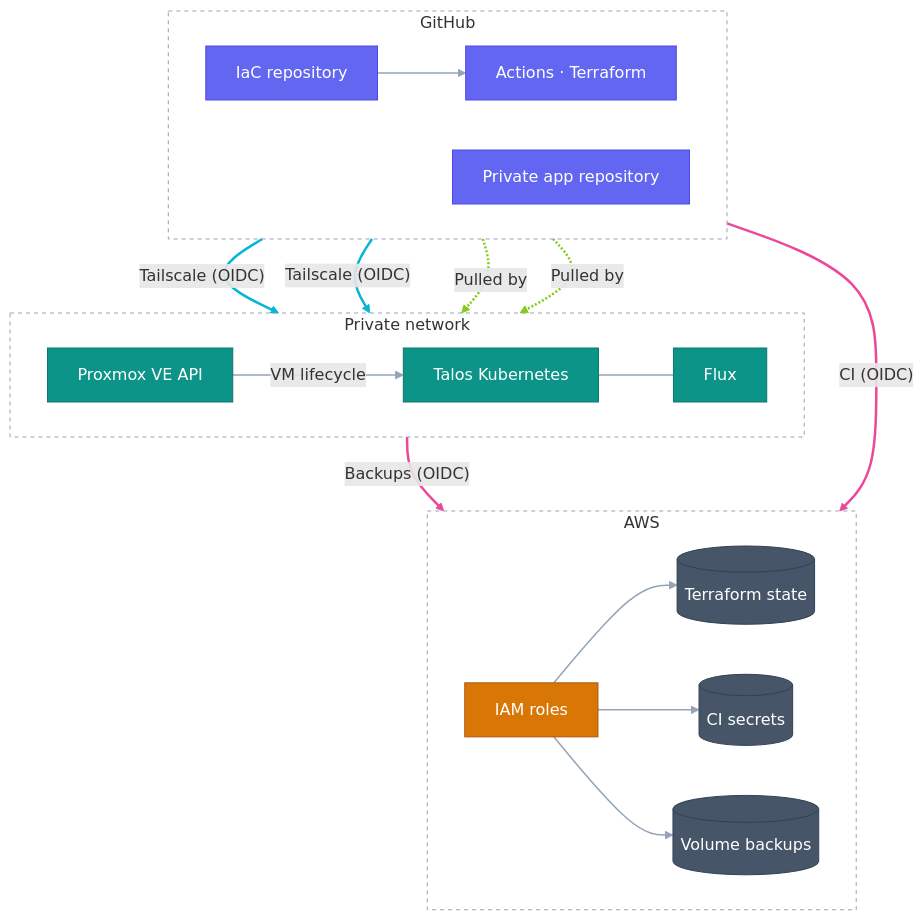
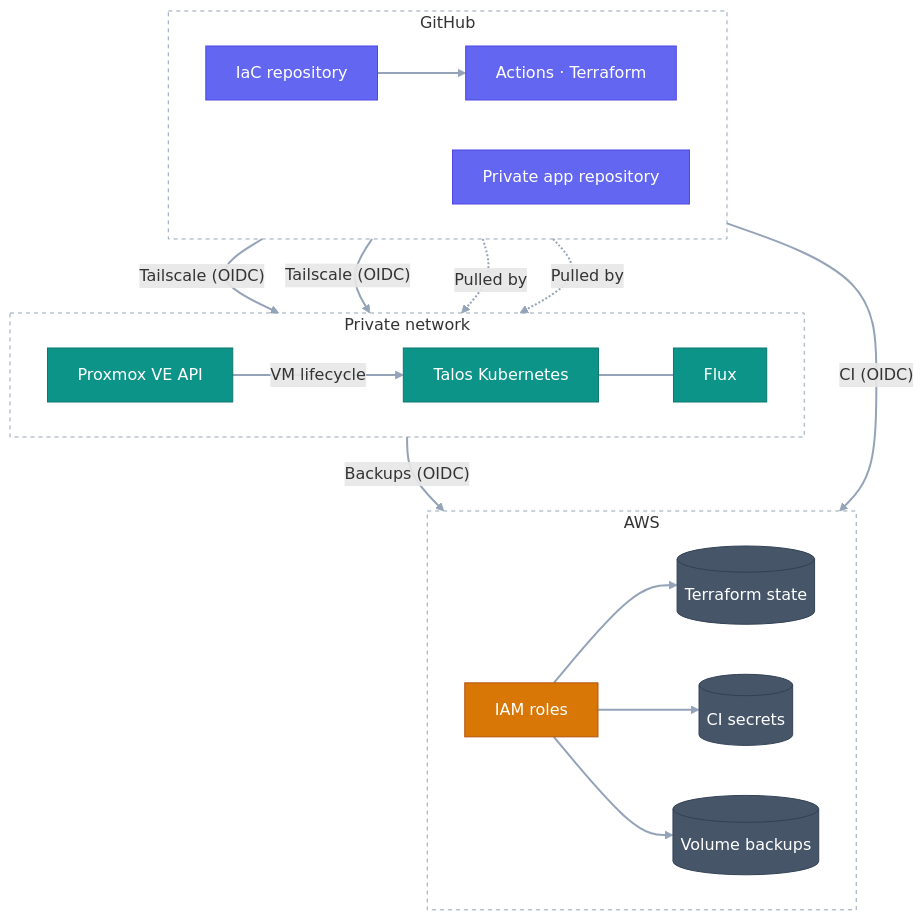
Before and after one commit to rauland/iac: the diagram in README.md, drawn with Mermaid.

Commit message:
Give every edge in the architecture diagram the same colour and width
Claude-Session: https://claude.ai/code/session_01GaWU1W6epJg7bgDswMPmiT

````diff
--- a/README.md
+++ b/README.md
@@ -31,45 +31,42 @@
 ```mermaid
 flowchart TB
     subgraph github["GitHub"]
         direction LR
         repo["IaC repository"] --> actions["Actions · Terraform"]
         apps["Private app repository"]
     end
 
     subgraph homelab["Private network"]
         direction LR
         proxmox["Proxmox VE API"] -->|VM lifecycle| talos["Talos Kubernetes"]
         talos --- flux["Flux"]
     end
 
     subgraph aws["AWS"]
         direction LR
         iam["IAM roles"] --> state[("Terraform state")]
         iam --> ssm[("CI secrets")]
         iam --> backups[("Volume backups")]
     end
 
     actions -->|"Tailscale (OIDC)"| proxmox
     actions -->|"Tailscale (OIDC)"| talos
     actions -->|"CI (OIDC)"| iam
     talos -->|"Backups (OIDC)"| iam
     repo -.->|Pulled by| flux
     apps -.->|Pulled by| flux
 
     classDef source fill:#6366F1,stroke:#4F46E5,color:#FFFFFF
     classDef runtime fill:#0D9488,stroke:#0F766E,color:#FFFFFF
     classDef identity fill:#D97706,stroke:#B45309,color:#FFFFFF
     classDef data fill:#475569,stroke:#334155,color:#FFFFFF
     classDef group fill:none,stroke:#94A3B8,stroke-dasharray:4 4
 
     class repo,apps,actions source
     class proxmox,talos,flux runtime
     class iam identity
     class state,ssm,backups data
     class github,homelab,aws group
 
-    linkStyle 0,1,2,3,4,5 stroke:#94A3B8,stroke-width:1.5px
-    linkStyle 6,7 stroke:#06B6D4,stroke-width:2.5px
-    linkStyle 8,9 stroke:#EC4899,stroke-width:2.5px
-    linkStyle 10,11 stroke:#84CC16,stroke-width:2.5px
+    linkStyle default stroke:#94A3B8,stroke-width:2px
 ```
````
